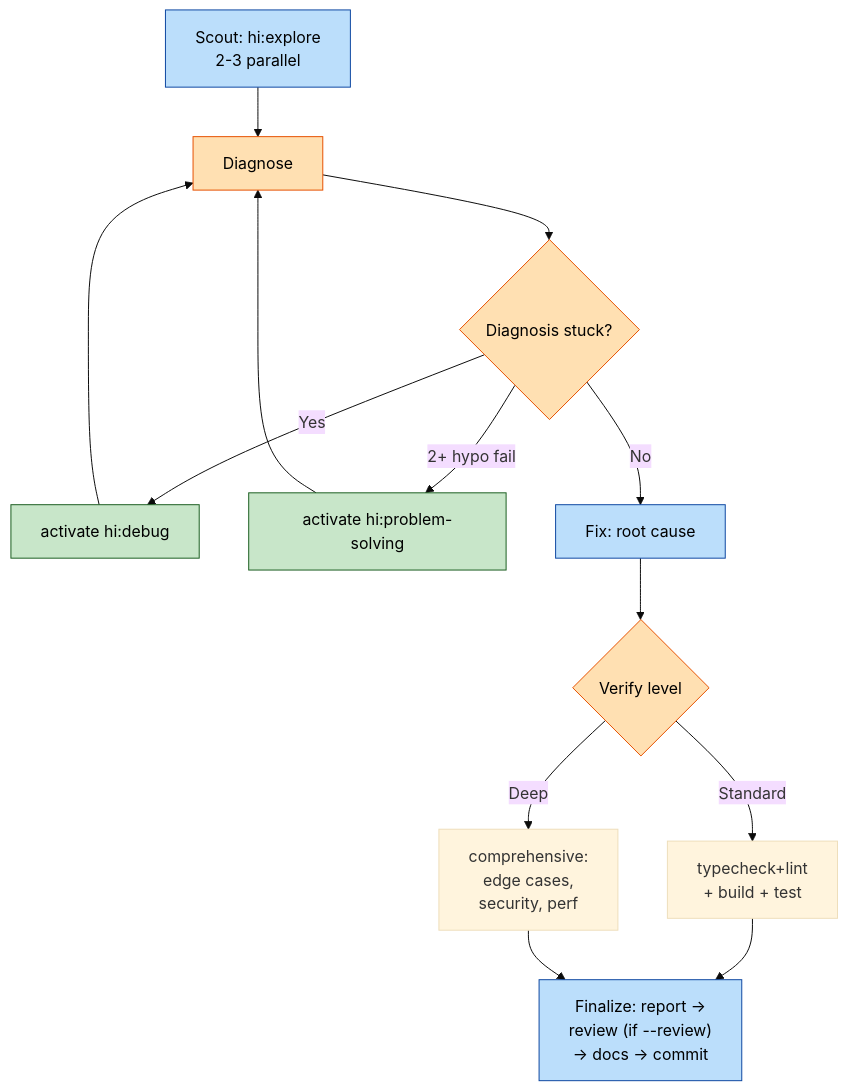
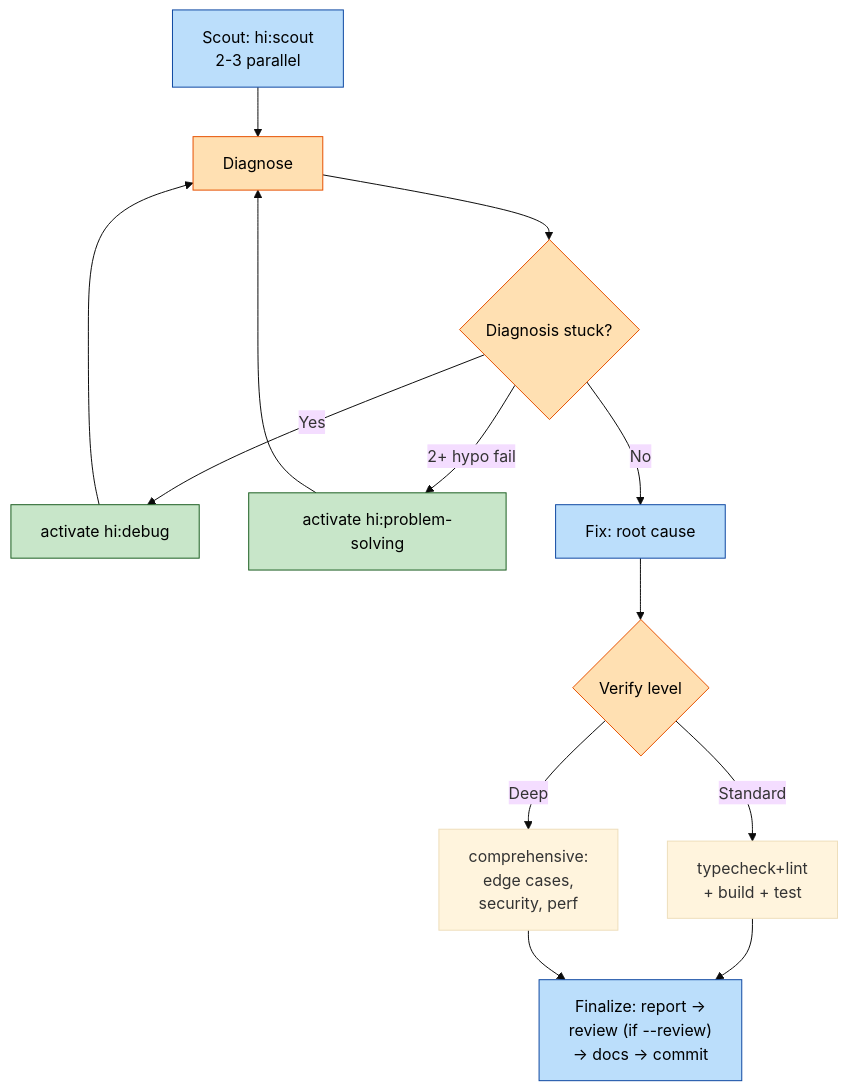
The third of 7 diagrams in devkit.md (baka3k/dev-kit), drawn with Mermaid (base theme) before and after one commit. The commit also changed other lines of this file and 28 other files, not shown here.

````diff
--- a/devkit.md
+++ b/devkit.md
@@ -68,30 +68,30 @@
 ```mermaid
 graph TD
-    A["Scout: hi:explore<br/>2-3 parallel"] --> B["Diagnose"]
+    A["Scout: hi:scout<br/>2-3 parallel"] --> B["Diagnose"]
 
     B --> B1{"Diagnosis stuck?"}
 
     B1 -->|Yes| B2["activate hi:debug"]
     B1 -->|"2+ hypo fail"| B3["activate hi:problem-solving"]
     B1 -->|No| C
 
     B2 --> B
     B3 --> B
 
     C["Fix: root cause"] --> D{"Verify level"}
 
     D -->|Standard| D1["typecheck+lint<br/>+ build + test"]
     D -->|Deep| D2["comprehensive:<br/>edge cases,<br/>security, perf"]
 
     D1 --> E["Finalize: report →<br/>review (if --review)<br/>→ docs → commit"]
     D2 --> E
 
     classDef step fill:#bbdefb,stroke:#0d47a1,color:#000
     classDef skill fill:#c8e6c9,stroke:#1b5e20,color:#000
     classDef gate fill:#ffe0b2,stroke:#e65100,color:#000
 
     class A,C,E step
     class B2,B3 skill
     class B,B1,D gate
 
 ```
````
